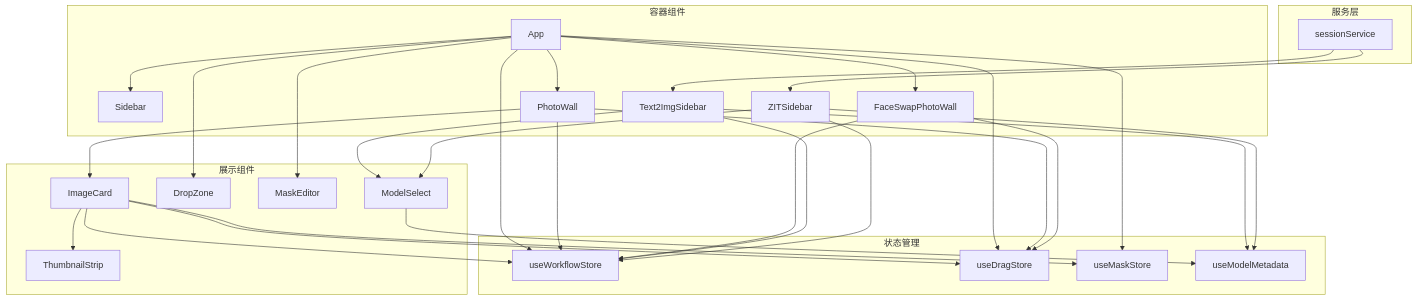
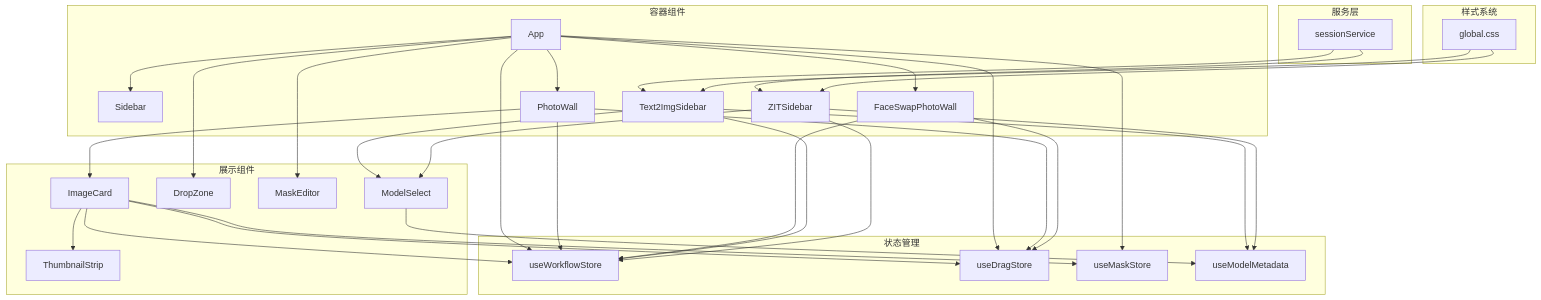
Before and after one commit to billye220670/CorineKit_Pix2Real: the second of 10 diagrams in .qoder/repowiki/zh/content/前端应用/React 组件体系.md, drawn with Mermaid. The commit also changed other lines of this file and 10 other files, not shown here.

Commit message:
feat: LoRA触发词右键上下文菜单与未使用检测 - 新增PromptContextMenu多层级右键菜单组件 - 移除侧边栏LoRA触发词文本显示，改为未使用时黄色警告图标 - 提示词输入框右键弹出菜单，支持插入LoRA触发词和标签分类数据 - Text2ImgSidebar和ZITSidebar同步更新

````diff
--- a/.qoder/repowiki/zh/content/前端应用/React 组件体系.md
+++ b/.qoder/repowiki/zh/content/前端应用/React 组件体系.md
@@ -132,53 +137,58 @@
 ```mermaid
 graph TB
 subgraph "容器组件"
 APP["App"]
 SIDEBAR["Sidebar"]
 PW["PhotoWall"]
 FSPW["FaceSwapPhotoWall"]
 T2IS["Text2ImgSidebar"]
 ZITS["ZITSidebar"]
 end
 subgraph "展示组件"
 IC["ImageCard"]
 DZ["DropZone"]
 TS["ThumbnailStrip"]
 ME["MaskEditor"]
 MS["ModelSelect"]
 end
 subgraph "状态管理"
 WFS["useWorkflowStore"]
 DRAG["useDragStore"]
 MASK["useMaskStore"]
 MM["useModelMetadata"]
 end
 subgraph "服务层"
 SS["sessionService"]
+end
+subgraph "样式系统"
+GC["global.css"]
 end
 APP --> SIDEBAR
 APP --> PW
 APP --> FSPW
 APP --> DZ
 PW --> IC
 IC --> TS
 APP --> ME
 APP --> WFS
 APP --> DRAG
 APP --> MASK
 IC --> WFS
 IC --> DRAG
 IC --> MASK
 PW --> WFS
 PW --> DRAG
 FSPW --> WFS
 FSPW --> DRAG
 T2IS --> MS
 T2IS --> MM
 T2IS --> WFS
 ZITS --> MS
 ZITS --> MM
 ZITS --> WFS
 MS --> MM
 SS --> T2IS
 SS --> ZITS
+GC --> T2IS
+GC --> ZITS
 ```
````
